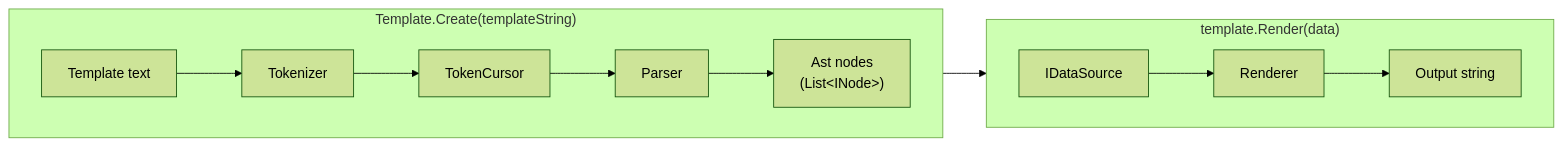
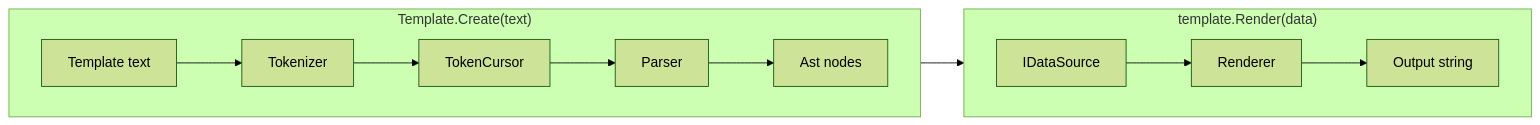
One commit to cihandeniz/guillemets changed the first of 3 diagrams in docs/architecture.md. Above: the diagram before and after it, drawn with Mermaid (forest theme). The commit also changed other lines of this file and 2 other files, not shown here.

````diff
--- a/docs/architecture.md
+++ b/docs/architecture.md
@@ -12,17 +12,17 @@
 ```mermaid
 flowchart LR
-    subgraph Create["Template.Create(templateString)"]
+    subgraph Create["Template.Create(text)"]
         direction LR
         A[Template text] --> B[Tokenizer]
         B --> C[TokenCursor]
         C --> D[Parser]
-        D --> E["Ast nodes\n(List&lt;INode&gt;)"]
+        D --> E["Ast nodes"]
     end
 
     subgraph Render["template.Render(data)"]
         direction LR
         E --> F[Renderer]
         G[IDataSource] --> F
         F --> H[Output string]
     end
 ```
````
